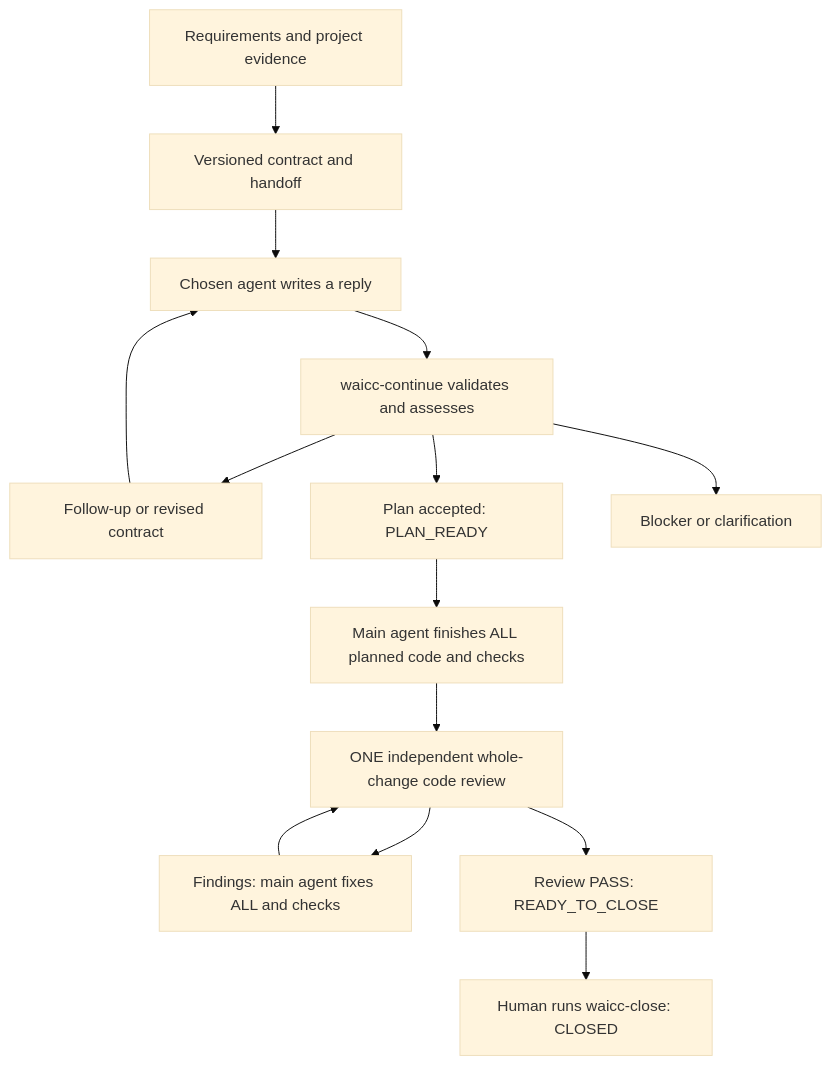
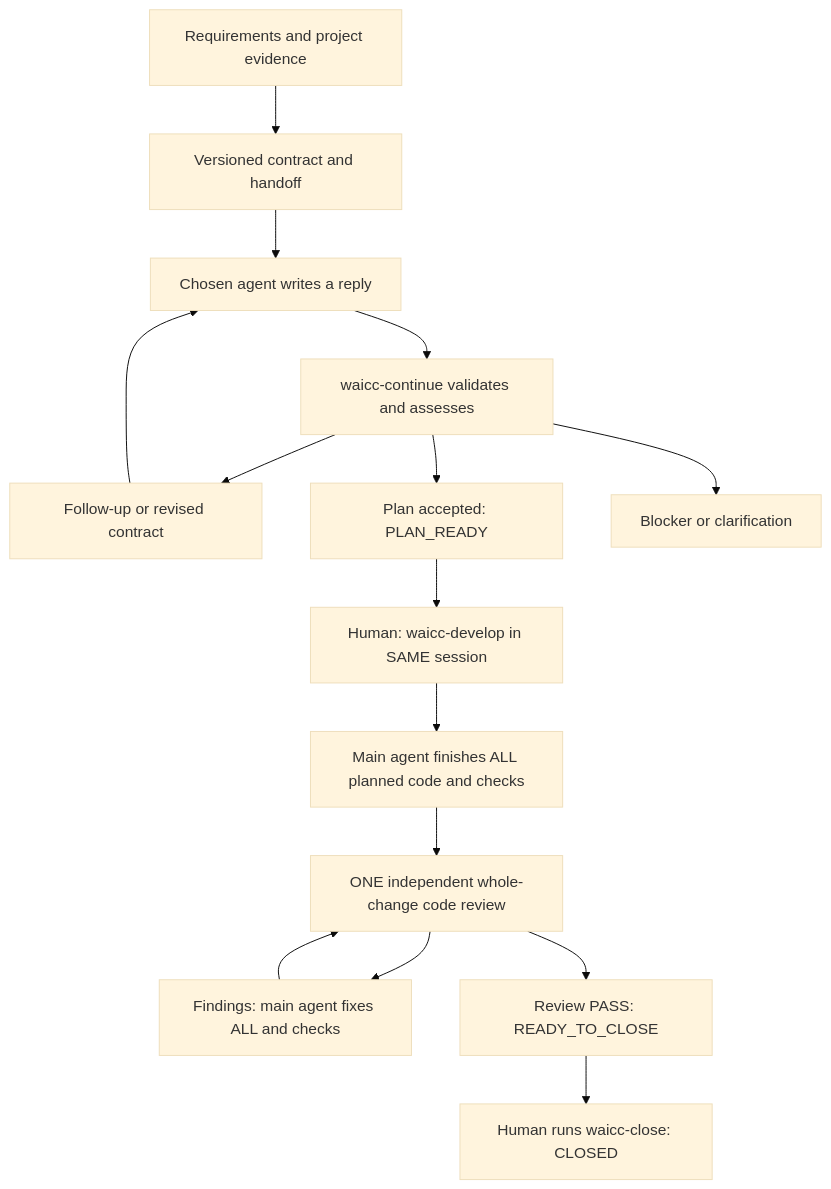
The diagram in README.md (whatley95/pi-waicc), drawn with Mermaid (base theme) before and after one commit. The commit also changed other lines of this file and 23 other files, not shown here.

````diff
--- a/README.md
+++ b/README.md
@@ -90,16 +92,17 @@
 ```mermaid
 flowchart TD
     A[Requirements and project evidence] --> B[Versioned contract and handoff]
     B --> C[Chosen agent writes a reply]
     C --> D[waicc-continue validates and assesses]
     D --> E[Follow-up or revised contract]
     E --> C
     D --> F[Plan accepted: PLAN_READY]
     D --> G[Blocker or clarification]
-    F --> H[Main agent finishes ALL planned code and checks]
+    F --> M[Human: waicc-develop in SAME session]
+    M --> H[Main agent finishes ALL planned code and checks]
     H --> I[ONE independent whole-change code review]
     I --> L[Findings: main agent fixes ALL and checks]
     L --> I
     I --> J[Review PASS: READY_TO_CLOSE]
     J --> K[Human runs waicc-close: CLOSED]
 ```
````
